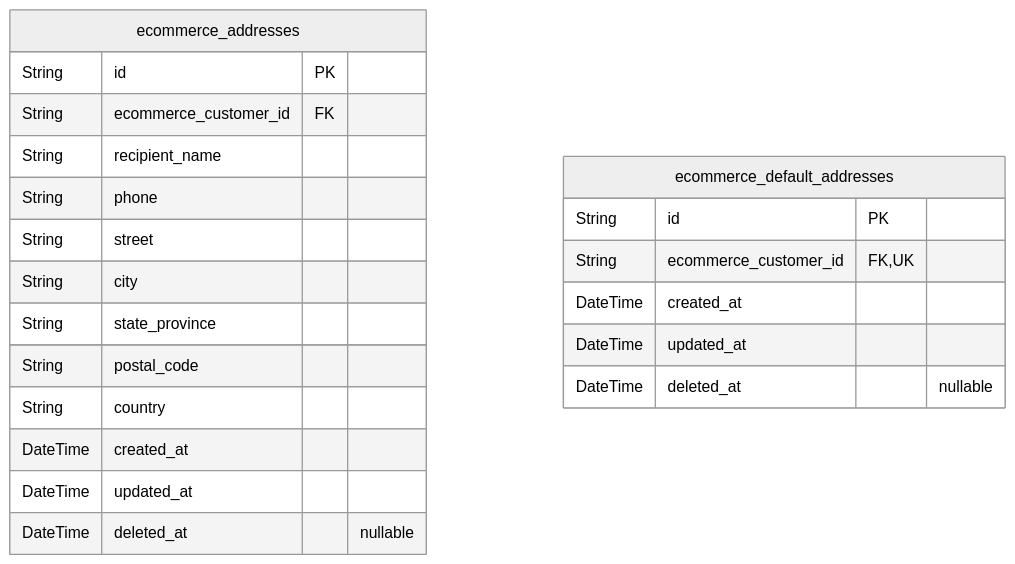
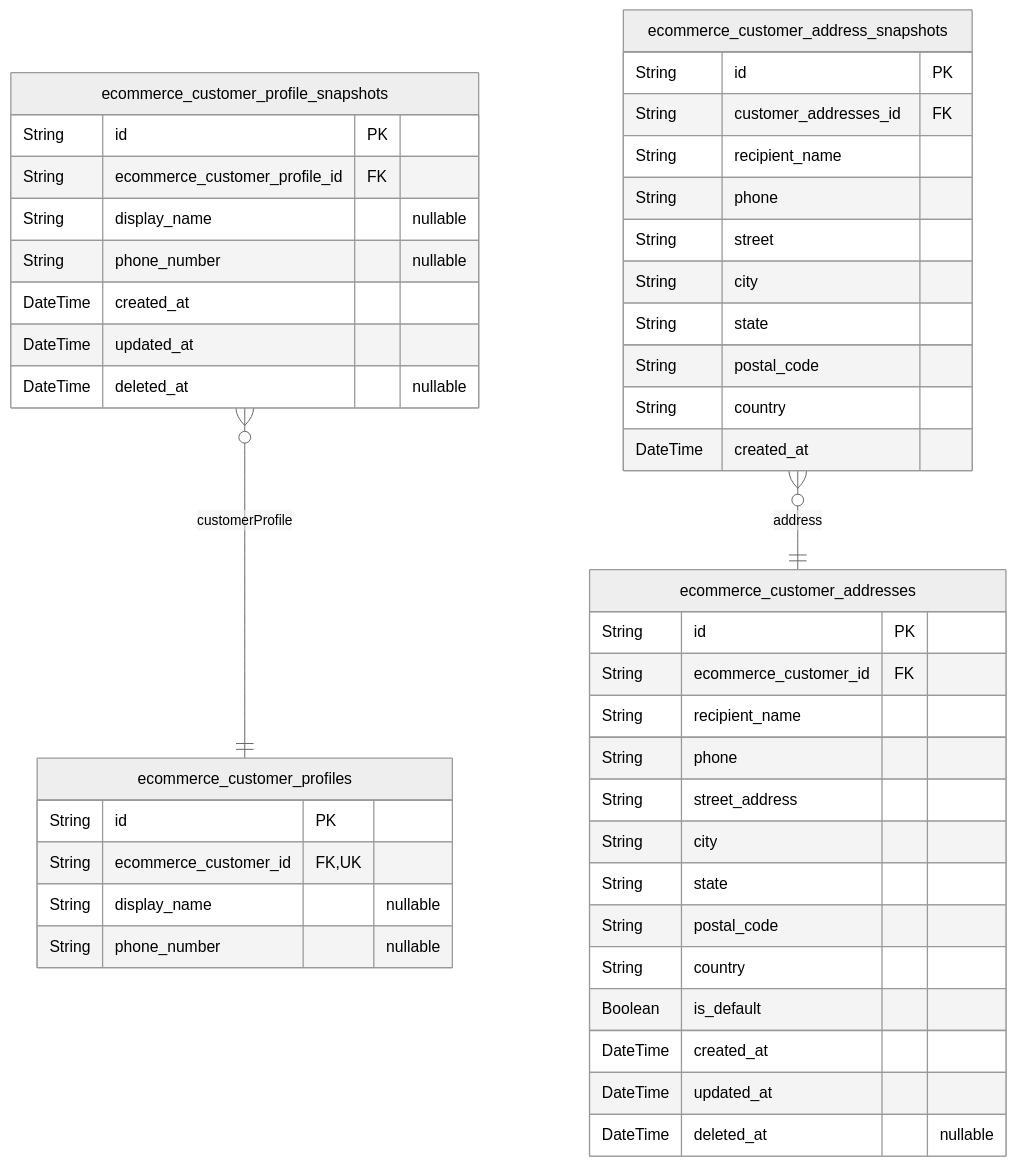
One commit to wrtnlabs/autobe-examples changed the fifth of 6 diagrams in qwen/qwen3-30b-a3b-thinking-2507/shopping/docs/ERD.md. Above: the diagram before and after it, drawn with Mermaid (neutral theme). The commit also changed other lines of this file and 25939 other files, not shown here.

````diff
--- a/qwen/qwen3-30b-a3b-thinking-2507/shopping/docs/ERD.md
+++ b/qwen/qwen3-30b-a3b-thinking-2507/shopping/docs/ERD.md
@@ -1147,24 +1138,47 @@
 ```mermaid
 erDiagram
-"ecommerce_addresses" {
+"ecommerce_customer_profiles" {
+  String id PK
+  String ecommerce_customer_id FK,UK
+  String display_name "nullable"
+  String phone_number "nullable"
+}
+"ecommerce_customer_profile_snapshots" {
+  String id PK
+  String ecommerce_customer_profile_id FK
+  String display_name "nullable"
+  String phone_number "nullable"
+  DateTime created_at
+  DateTime updated_at
+  DateTime deleted_at "nullable"
+}
+"ecommerce_customer_addresses" {
   String id PK
   String ecommerce_customer_id FK
   String recipient_name
   String phone
-  String street
+  String street_address
   String city
-  String state_province
+  String state
   String postal_code
   String country
+  Boolean is_default
   DateTime created_at
   DateTime updated_at
   DateTime deleted_at "nullable"
 }
-"ecommerce_default_addresses" {
+"ecommerce_customer_address_snapshots" {
   String id PK
-  String ecommerce_customer_id FK,UK
+  String customer_addresses_id FK
+  String recipient_name
+  String phone
+  String street
+  String city
+  String state
+  String postal_code
+  String country
   DateTime created_at
-  DateTime updated_at
-  DateTime deleted_at "nullable"
 }
+"ecommerce_customer_profile_snapshots" }o--|| "ecommerce_customer_profiles" : customerProfile
+"ecommerce_customer_address_snapshots" }o--|| "ecommerce_customer_addresses" : address
 ```
````
